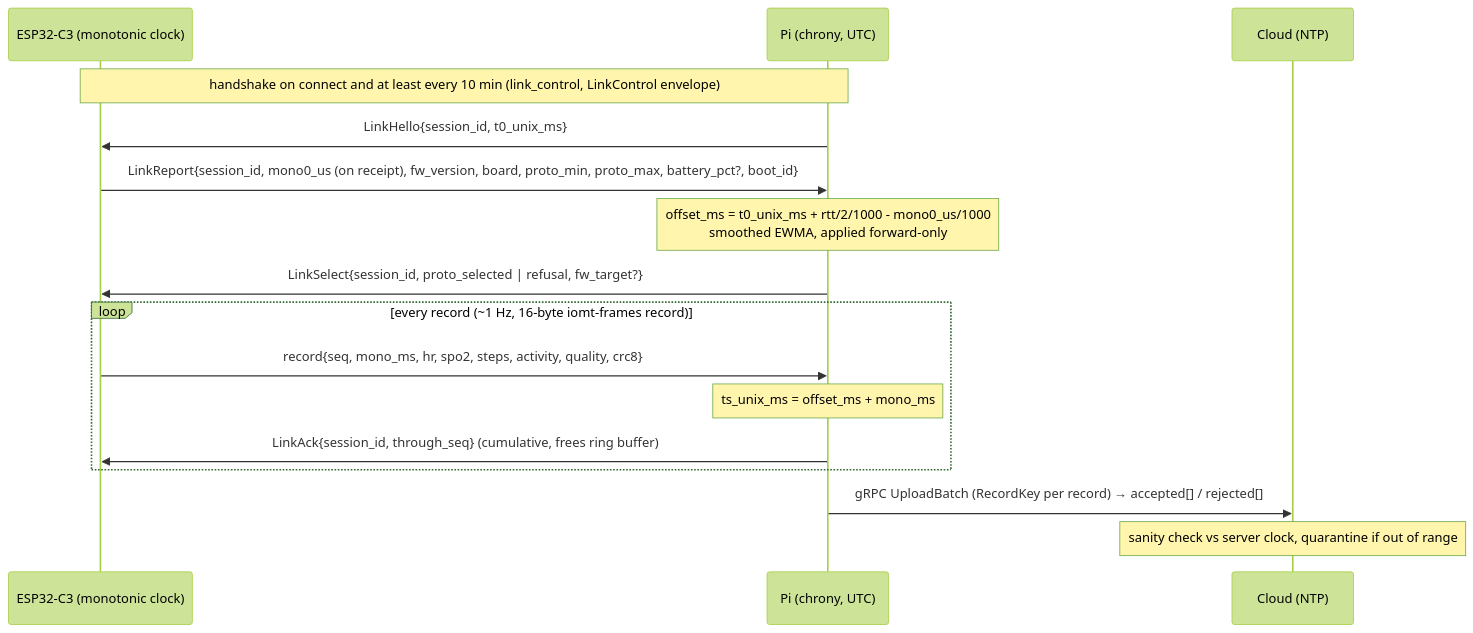
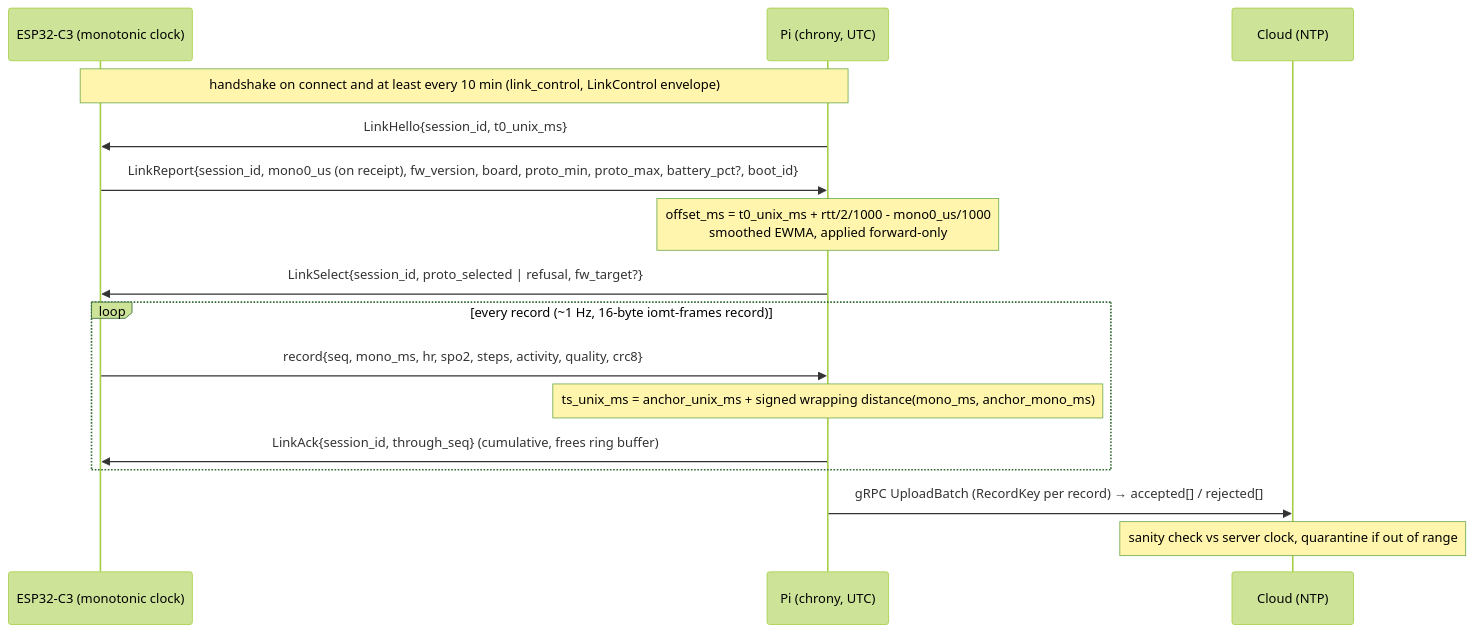
One commit to thongnguyenk21/Secure-Health-Monitoring-System- changed the first of 6 diagrams in docs/design/08-reliability-data-lifecycle.md. Above: the diagram before and after it, drawn with Mermaid (forest theme). The commit also changed other lines of this file, not shown here.

First line of the commit message:
docs(design): describe the wrap-safe time anchor and the keyed device id

````diff
--- a/docs/design/08-reliability-data-lifecycle.md
+++ b/docs/design/08-reliability-data-lifecycle.md
@@ -142,18 +142,18 @@
 ```mermaid
 sequenceDiagram
   participant N as ESP32-C3 (monotonic clock)
   participant P as Pi (chrony, UTC)
   participant C as Cloud (NTP)
   Note over P,N: handshake on connect and at least every 10 min (link_control, LinkControl envelope)
   P->>N: LinkHello{session_id, t0_unix_ms}
   N->>P: LinkReport{session_id, mono0_us (on receipt), fw_version, board, proto_min, proto_max, battery_pct?, boot_id}
   Note over P: offset_ms = t0_unix_ms + rtt/2/1000 - mono0_us/1000<br/>smoothed EWMA, applied forward-only
   P->>N: LinkSelect{session_id, proto_selected | refusal, fw_target?}
   loop every record (~1 Hz, 16-byte iomt-frames record)
     N->>P: record{seq, mono_ms, hr, spo2, steps, activity, quality, crc8}
-    Note over P: ts_unix_ms = offset_ms + mono_ms
+    Note over P: ts_unix_ms = anchor_unix_ms + signed wrapping distance(mono_ms, anchor_mono_ms)
     P->>N: LinkAck{session_id, through_seq} (cumulative, frees ring buffer)
   end
   P->>C: gRPC UploadBatch (RecordKey per record) → accepted[] / rejected[]
   Note over C: sanity check vs server clock, quarantine if out of range
 ```
````
